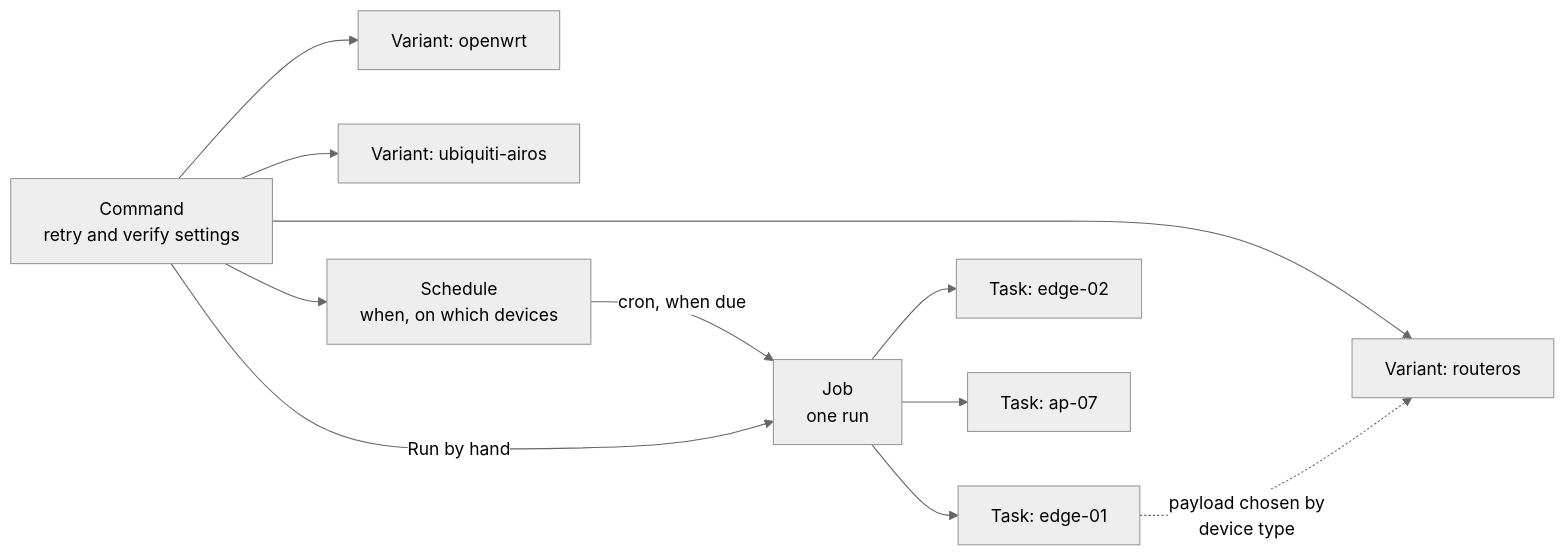
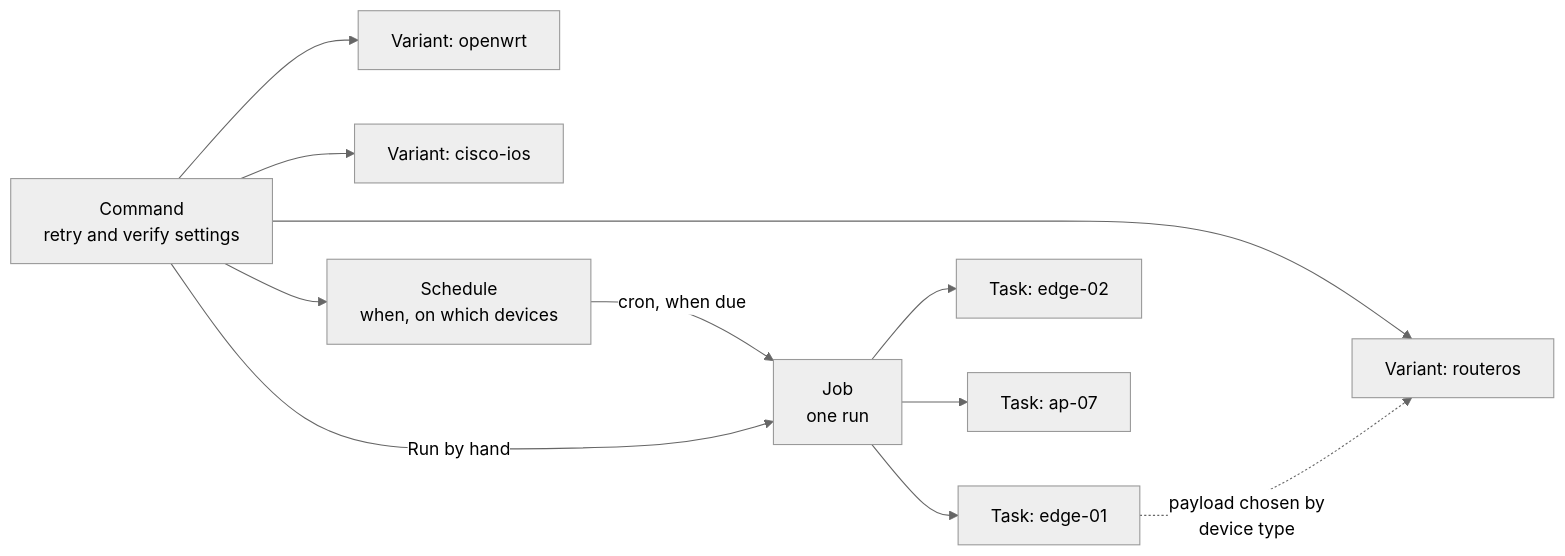
One commit to alessiobravi/routerfleet_improved changed the first of 5 diagrams in docs/fleet-commander.md. Above: the diagram before and after it, drawn with Mermaid (neutral theme). The commit also changed other lines of this file and 21 other files, not shown here.

````diff
--- a/docs/fleet-commander.md
+++ b/docs/fleet-commander.md
@@ -9,19 +9,19 @@
 ```mermaid
 flowchart LR
     cmd["Command<br/>retry and verify settings"]
     v1["Variant: routeros"]
     v2["Variant: openwrt"]
-    v3["Variant: ubiquiti-airos"]
+    v3["Variant: cisco-ios"]
     sch["Schedule<br/>when, on which devices"]
     job["Job<br/>one run"]
     t1["Task: edge-01"]
     t2["Task: edge-02"]
     t3["Task: ap-07"]
 
     cmd --> v1 & v2 & v3
     cmd --> sch
     sch -->|"cron, when due"| job
     cmd -->|"Run by hand"| job
     job --> t1 & t2 & t3
     t1 -.->|"payload chosen by<br/>device type"| v1
 ```
````
